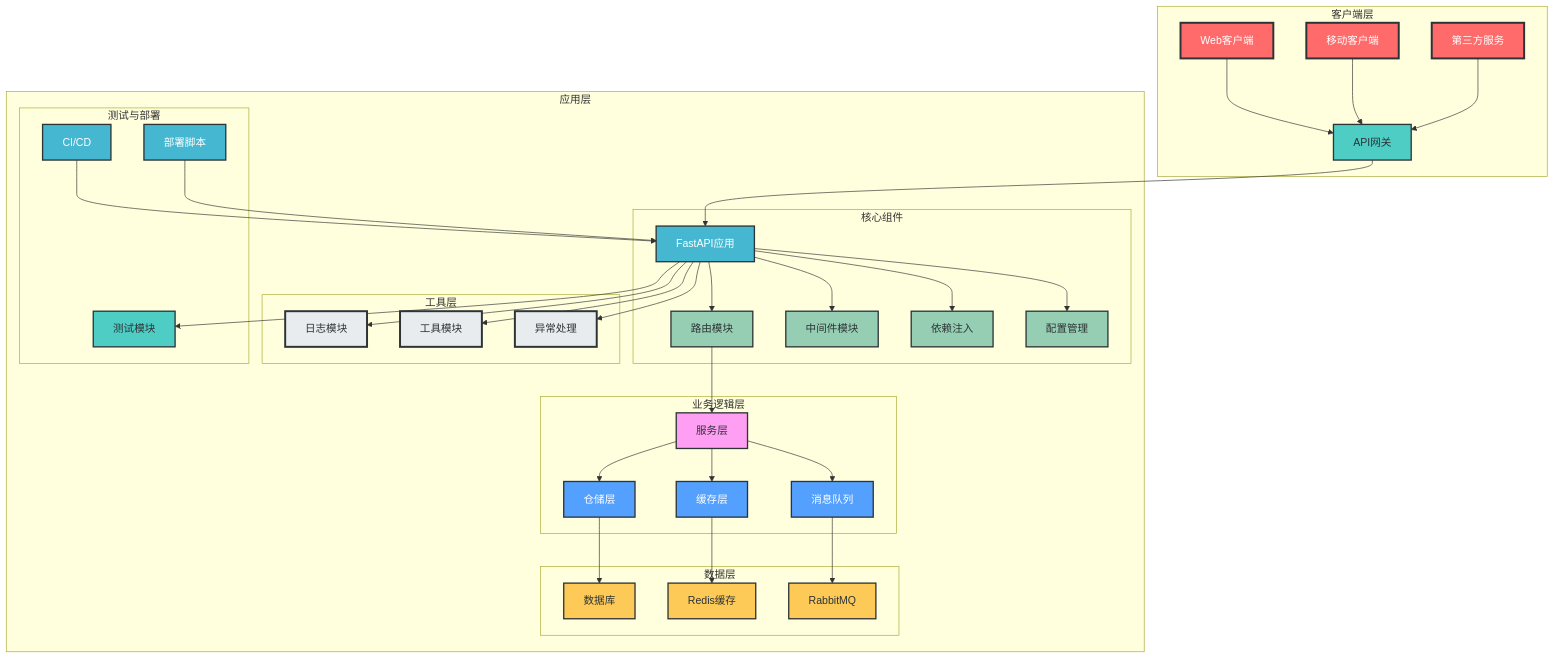
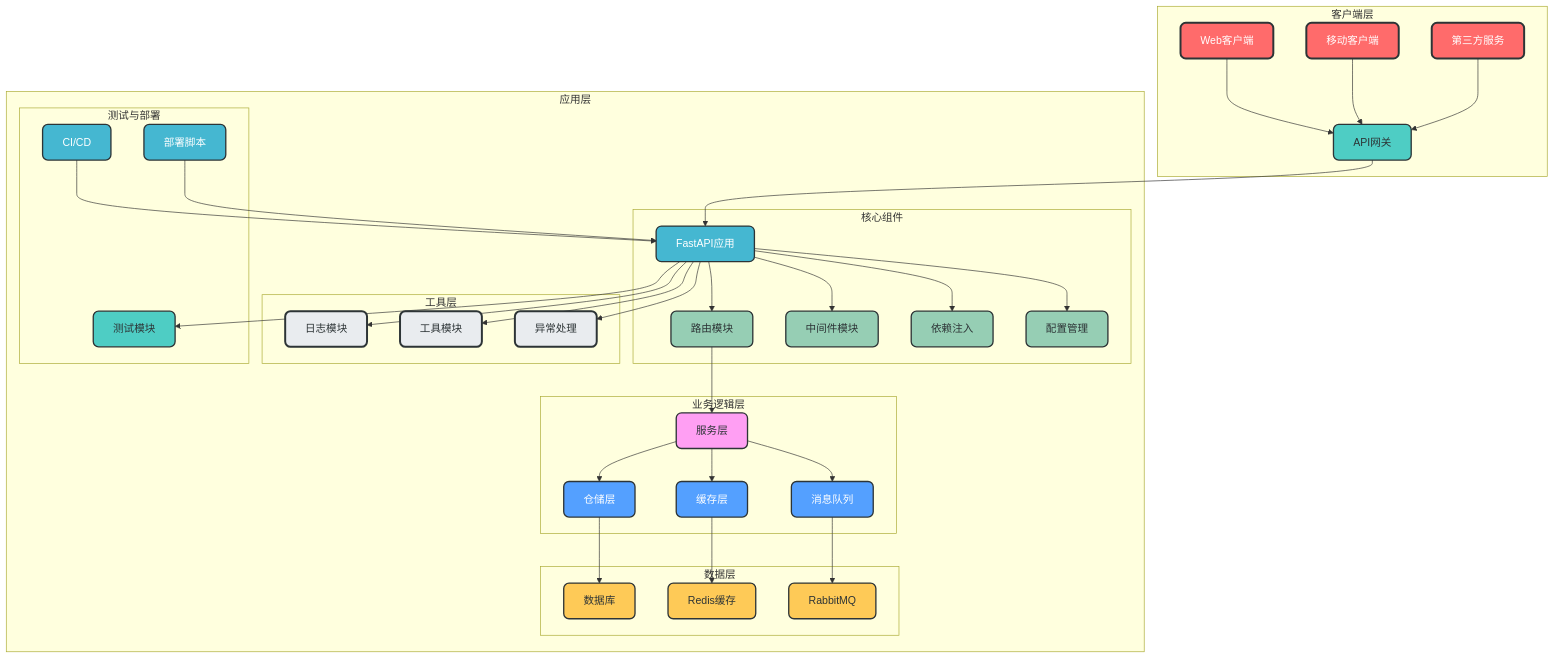
Before and after one commit to amuqiao/FastAPI-MVC: the first of 6 diagrams in README.md, drawn with Mermaid. The commit also changed other lines of this file, not shown here.

````diff
--- a/README.md
+++ b/README.md
@@ -11,67 +11,67 @@
 ```mermaid
 graph TD
     subgraph 客户端层
         A[Web客户端] --> B[API网关]
         C[移动客户端] --> B
         D[第三方服务] --> B
     end
     
     subgraph 应用层
         B --> E[FastAPI应用]
         
         subgraph 核心组件
             E --> F[路由模块]
             E --> G[中间件模块]
             E --> H[依赖注入]
             E --> I[配置管理]
         end
         
         subgraph 业务逻辑层
             F --> J[服务层]
             J --> K[仓储层]
             J --> L[缓存层]
             J --> M[消息队列]
         end
         
         subgraph 数据层
             K --> N[数据库]
             L --> O[Redis缓存]
             M --> P[RabbitMQ]
         end
         
         subgraph 工具层
             E --> Q[日志模块]
             E --> R[工具模块]
             E --> S[异常处理]
         end
         
         subgraph 测试与部署
             E --> T[测试模块]
             U[CI/CD] --> E
             V[部署脚本] --> E
         end
     end
     
-    style A fill:#FF6B6B,stroke:#2D3436,stroke-width:3px,color:white
-    style C fill:#FF6B6B,stroke:#2D3436,stroke-width:3px,color:white
-    style D fill:#FF6B6B,stroke:#2D3436,stroke-width:3px,color:white
-    style B fill:#4ECDC4,stroke:#2D3436,stroke-width:2px,color:#2D3436
-    style E fill:#45B7D1,stroke:#2D3436,stroke-width:2px,color:white
-    style F fill:#96CEB4,stroke:#2D3436,stroke-width:2px,color:#2D3436
-    style G fill:#96CEB4,stroke:#2D3436,stroke-width:2px,color:#2D3436
-    style H fill:#96CEB4,stroke:#2D3436,stroke-width:2px,color:#2D3436
-    style I fill:#96CEB4,stroke:#2D3436,stroke-width:2px,color:#2D3436
-    style J fill:#FF9FF3,stroke:#2D3436,stroke-width:2px,color:#2D3436
-    style K fill:#54A0FF,stroke:#2D3436,stroke-width:2px,color:white
-    style L fill:#54A0FF,stroke:#2D3436,stroke-width:2px,color:white
-    style M fill:#54A0FF,stroke:#2D3436,stroke-width:2px,color:white
-    style N fill:#FECA57,stroke:#2D3436,stroke-width:2px,color:#2D3436
-    style O fill:#FECA57,stroke:#2D3436,stroke-width:2px,color:#2D3436
-    style P fill:#FECA57,stroke:#2D3436,stroke-width:2px,color:#2D3436
-    style Q fill:#E9ECEF,stroke:#2D3436,stroke-width:3px,color:#2D3436
-    style R fill:#E9ECEF,stroke:#2D3436,stroke-width:3px,color:#2D3436
-    style S fill:#E9ECEF,stroke:#2D3436,stroke-width:3px,color:#2D3436
-    style T fill:#4ECDC4,stroke:#2D3436,stroke-width:2px,color:#2D3436
-    style U fill:#45B7D1,stroke:#2D3436,stroke-width:2px,color:white
-    style V fill:#45B7D1,stroke:#2D3436,stroke-width:2px,color:white
+    style A fill:#FF6B6B,stroke:#2D3436,stroke-width:3px,color:white,rx:8,ry:8
+    style C fill:#FF6B6B,stroke:#2D3436,stroke-width:3px,color:white,rx:8,ry:8
+    style D fill:#FF6B6B,stroke:#2D3436,stroke-width:3px,color:white,rx:8,ry:8
+    style B fill:#4ECDC4,stroke:#2D3436,stroke-width:2px,color:#2D3436,rx:8,ry:8
+    style E fill:#45B7D1,stroke:#2D3436,stroke-width:2px,color:white,rx:8,ry:8
+    style F fill:#96CEB4,stroke:#2D3436,stroke-width:2px,color:#2D3436,rx:8,ry:8
+    style G fill:#96CEB4,stroke:#2D3436,stroke-width:2px,color:#2D3436,rx:8,ry:8
+    style H fill:#96CEB4,stroke:#2D3436,stroke-width:2px,color:#2D3436,rx:8,ry:8
+    style I fill:#96CEB4,stroke:#2D3436,stroke-width:2px,color:#2D3436,rx:8,ry:8
+    style J fill:#FF9FF3,stroke:#2D3436,stroke-width:2px,color:#2D3436,rx:8,ry:8
+    style K fill:#54A0FF,stroke:#2D3436,stroke-width:2px,color:white,rx:8,ry:8
+    style L fill:#54A0FF,stroke:#2D3436,stroke-width:2px,color:white,rx:8,ry:8
+    style M fill:#54A0FF,stroke:#2D3436,stroke-width:2px,color:white,rx:8,ry:8
+    style N fill:#FECA57,stroke:#2D3436,stroke-width:2px,color:#2D3436,rx:8,ry:8
+    style O fill:#FECA57,stroke:#2D3436,stroke-width:2px,color:#2D3436,rx:8,ry:8
+    style P fill:#FECA57,stroke:#2D3436,stroke-width:2px,color:#2D3436,rx:8,ry:8
+    style Q fill:#E9ECEF,stroke:#2D3436,stroke-width:3px,color:#2D3436,rx:8,ry:8
+    style R fill:#E9ECEF,stroke:#2D3436,stroke-width:3px,color:#2D3436,rx:8,ry:8
+    style S fill:#E9ECEF,stroke:#2D3436,stroke-width:3px,color:#2D3436,rx:8,ry:8
+    style T fill:#4ECDC4,stroke:#2D3436,stroke-width:2px,color:#2D3436,rx:8,ry:8
+    style U fill:#45B7D1,stroke:#2D3436,stroke-width:2px,color:white,rx:8,ry:8
+    style V fill:#45B7D1,stroke:#2D3436,stroke-width:2px,color:white,rx:8,ry:8
 ```
````
